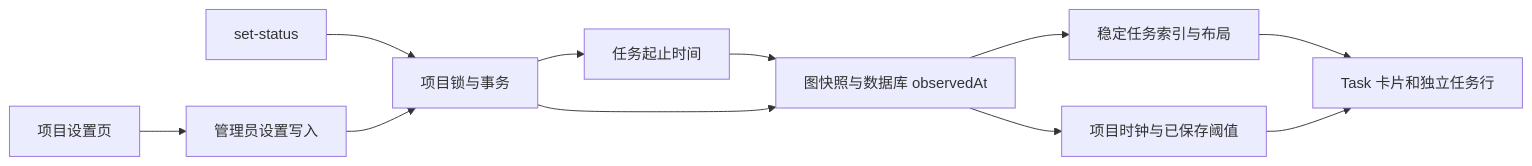
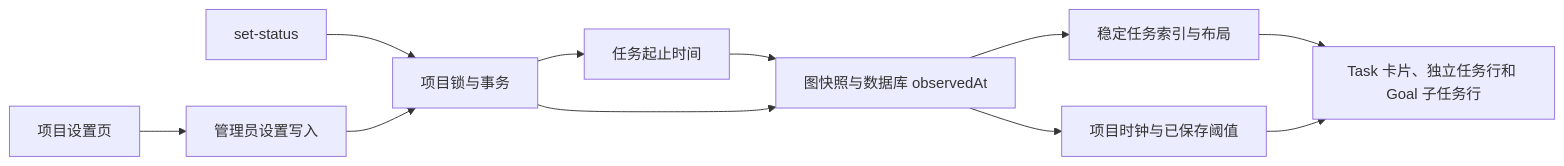
Before and after one commit to codetreker/daynight: the diagram in docs/design/daynight-task-timing.md, drawn with Mermaid. The commit also changed other lines of this file and 9 other files, not shown here.

First line of the commit message:
feat: show execution time in Goal task rows

````diff
--- a/docs/design/daynight-task-timing.md
+++ b/docs/design/daynight-task-timing.md
@@ -21,13 +21,13 @@
 ```mermaid
 flowchart LR
   Action[set-status] --> Tx[项目锁与事务]
   Tx --> Timing[任务起止时间]
   Admin[项目设置页] --> Settings[管理员设置写入]
   Settings --> Tx
   Timing --> Snapshot[图快照与数据库 observedAt]
   Tx --> Snapshot
   Snapshot --> Stable[稳定任务索引与布局]
   Snapshot --> Clock[项目时钟与已保存阈值]
-  Stable --> Cards[Task 卡片和独立任务行]
+  Stable --> Cards[Task 卡片、独立任务行和 Goal 子任务行]
   Clock --> Cards
 ```
````
